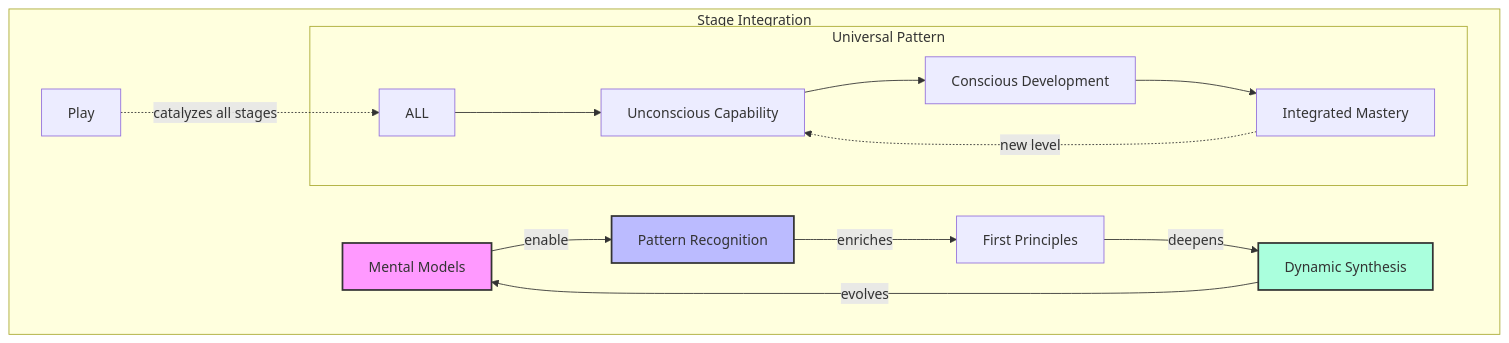
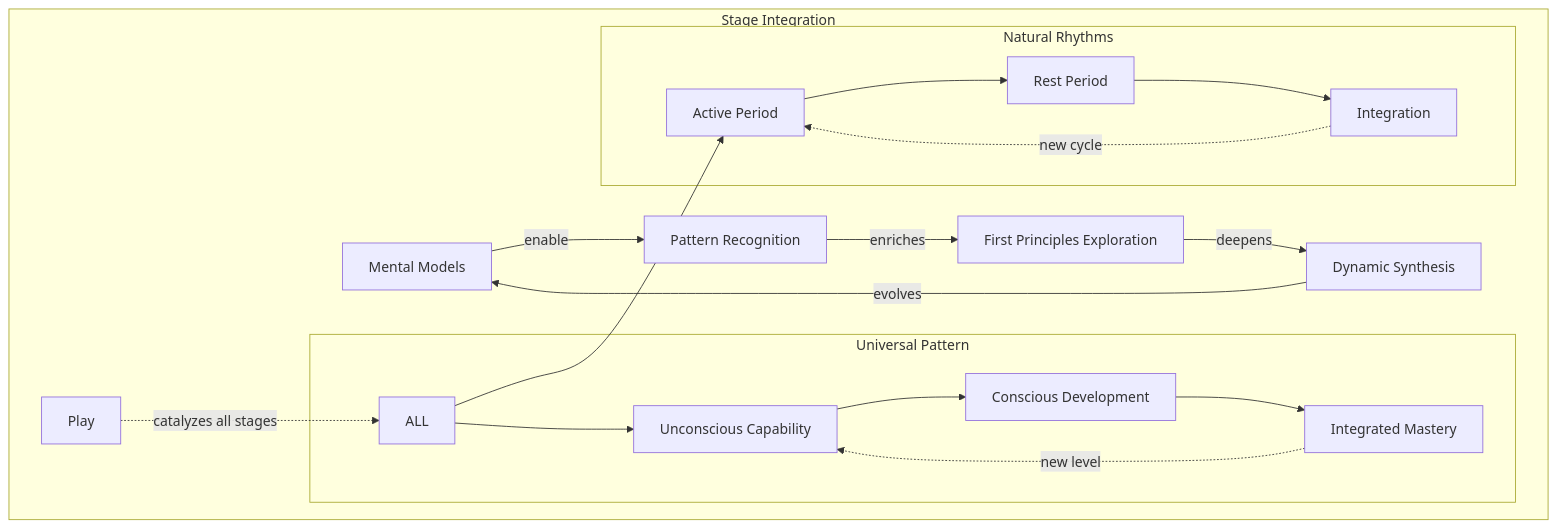
Diagram 17 of 53 in README.md (phillipclapham/neuroweaver), drawn with Mermaid before and after one commit. The commit also changed other lines of this file, not shown here.

````diff
--- a/README.md
+++ b/README.md
@@ -994,22 +1067,25 @@
 ```mermaid
 graph TD
     subgraph "Stage Integration"
         MM[Mental Models] -->|enable| PR[Pattern Recognition]
-        PR -->|enriches| FP[First Principles]
+        PR -->|enriches| FP[First Principles Exploration]
         FP -->|deepens| DS[Dynamic Synthesis]
         DS -->|evolves| MM
 
         Play[Play] -.->|catalyzes all stages| ALL
 
         subgraph "Universal Pattern"
             ALL --> U[Unconscious Capability]
             U --> C[Conscious Development]
             C --> I[Integrated Mastery]
             I -.->|new level| U
         end
+
+        subgraph "Natural Rhythms"
+            ALL --> AP[Active Period]
+            AP --> RP[Rest Period]
+            RP --> IP[Integration]
+            IP -.->|new cycle| AP
+        end
     end
-
-    style MM fill:#f9f,stroke:#333,stroke-width:2px
-    style PR fill:#bbf,stroke:#333,stroke-width:2px
-    style DS fill:#afd,stroke:#333,stroke-width:2px
 ```
````
